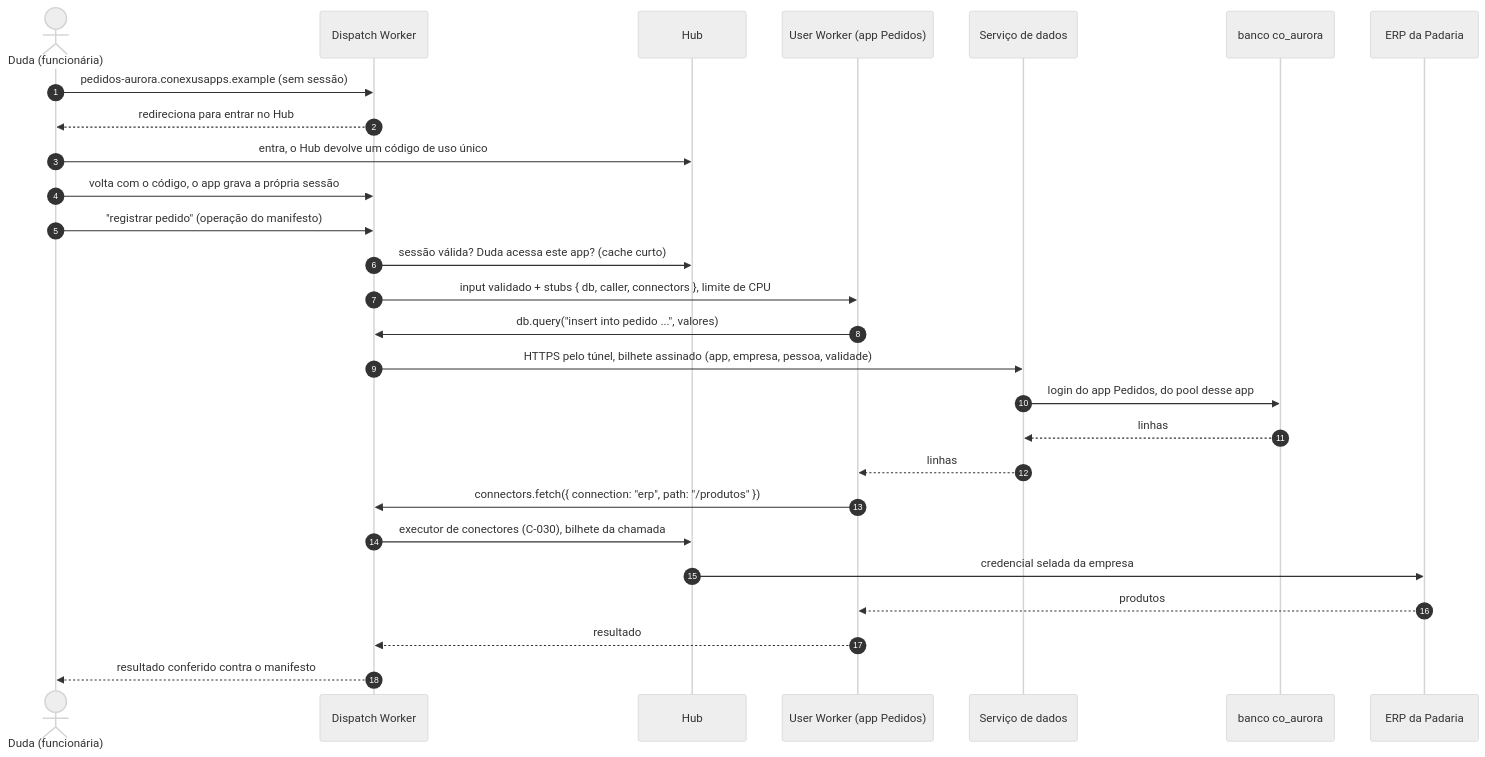
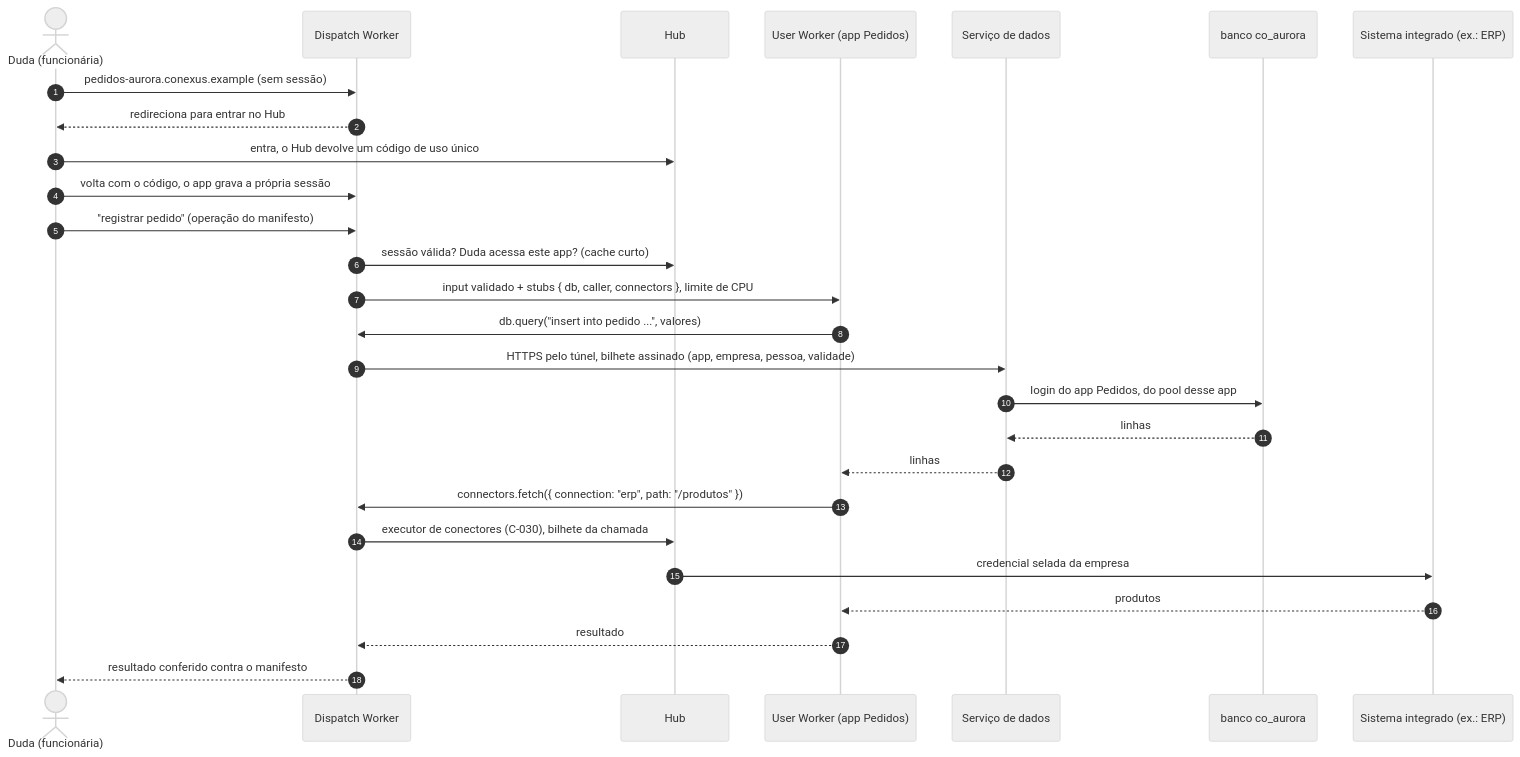
One commit to developmentconexus-ops/conexus-os changed the eighth of 8 diagrams in docs/research/architecture/target-design.md. Above: the diagram before and after it, drawn with Mermaid (neutral theme). The commit also changed other lines of this file and 1 other file, not shown here.

First line of the commit message:
docs(research): record the operator's batch answers; integrations beyond ERP; one domain

````diff
--- a/docs/research/architecture/target-design.md
+++ b/docs/research/architecture/target-design.md
@@ -375,29 +398,29 @@
 ```mermaid
 sequenceDiagram
   autonumber
   actor Duda as Duda (funcionária)
   participant D as Dispatch Worker
   participant Hub as Hub
   participant U as User Worker (app Pedidos)
   participant S as Serviço de dados
   participant N as banco co_aurora
-  participant ERP as ERP da Padaria
-  Duda->>D: pedidos-aurora.conexusapps.example (sem sessão)
+  participant ERP as Sistema integrado (ex.: ERP)
+  Duda->>D: pedidos-aurora.conexus.example (sem sessão)
   D-->>Duda: redireciona para entrar no Hub
   Duda->>Hub: entra, o Hub devolve um código de uso único
   Duda->>D: volta com o código, o app grava a própria sessão
   Duda->>D: "registrar pedido" (operação do manifesto)
   D->>Hub: sessão válida? Duda acessa este app? (cache curto)
   D->>U: input validado + stubs { db, caller, connectors }, limite de CPU
   U->>D: db.query("insert into pedido ...", valores)
   D->>S: HTTPS pelo túnel, bilhete assinado (app, empresa, pessoa, validade)
   S->>N: login do app Pedidos, do pool desse app
   N-->>S: linhas
   S-->>U: linhas
   U->>D: connectors.fetch({ connection: "erp", path: "/produtos" })
   D->>Hub: executor de conectores (C-030), bilhete da chamada
   Hub->>ERP: credencial selada da empresa
   ERP-->>U: produtos
   U-->>D: resultado
   D-->>Duda: resultado conferido contra o manifesto
 ```
````
